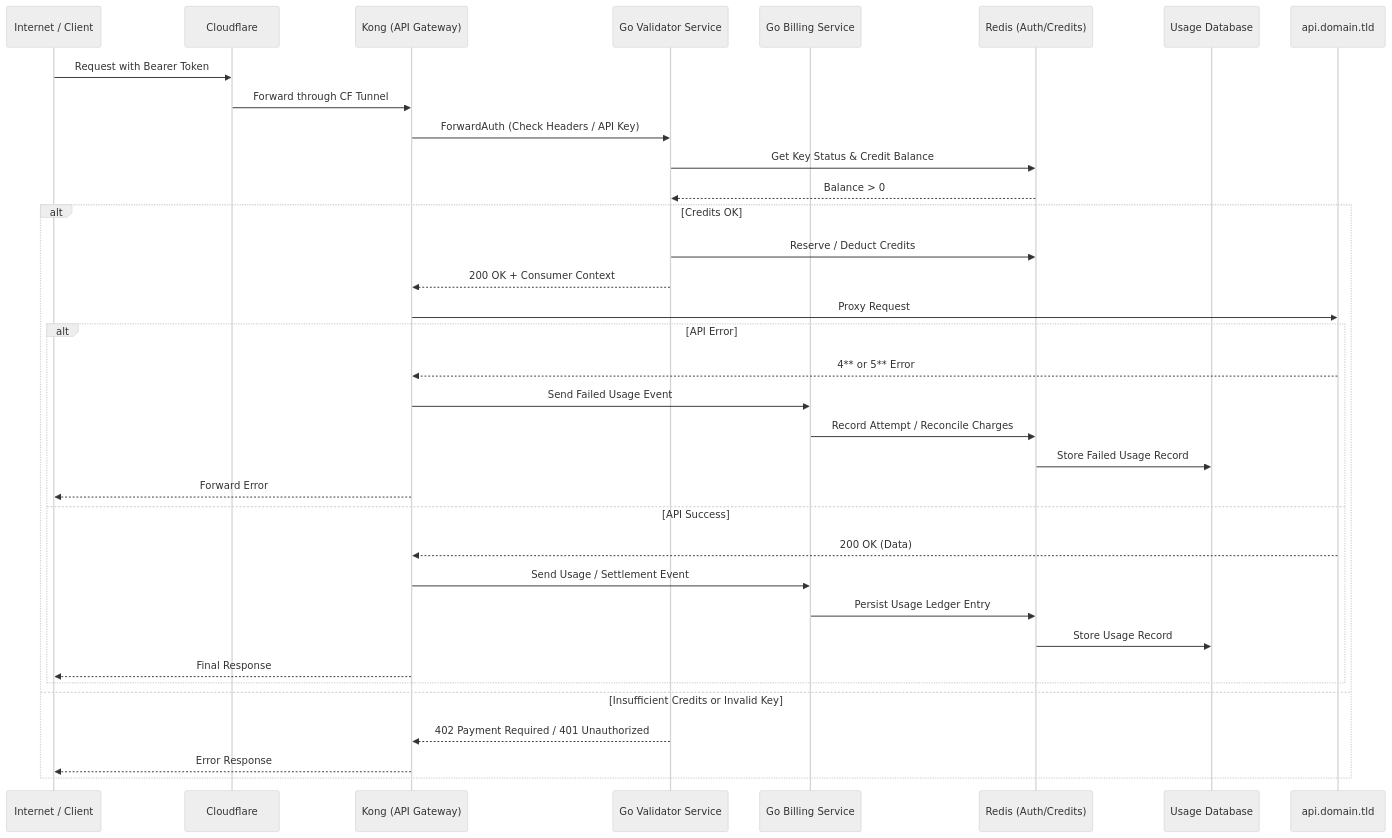
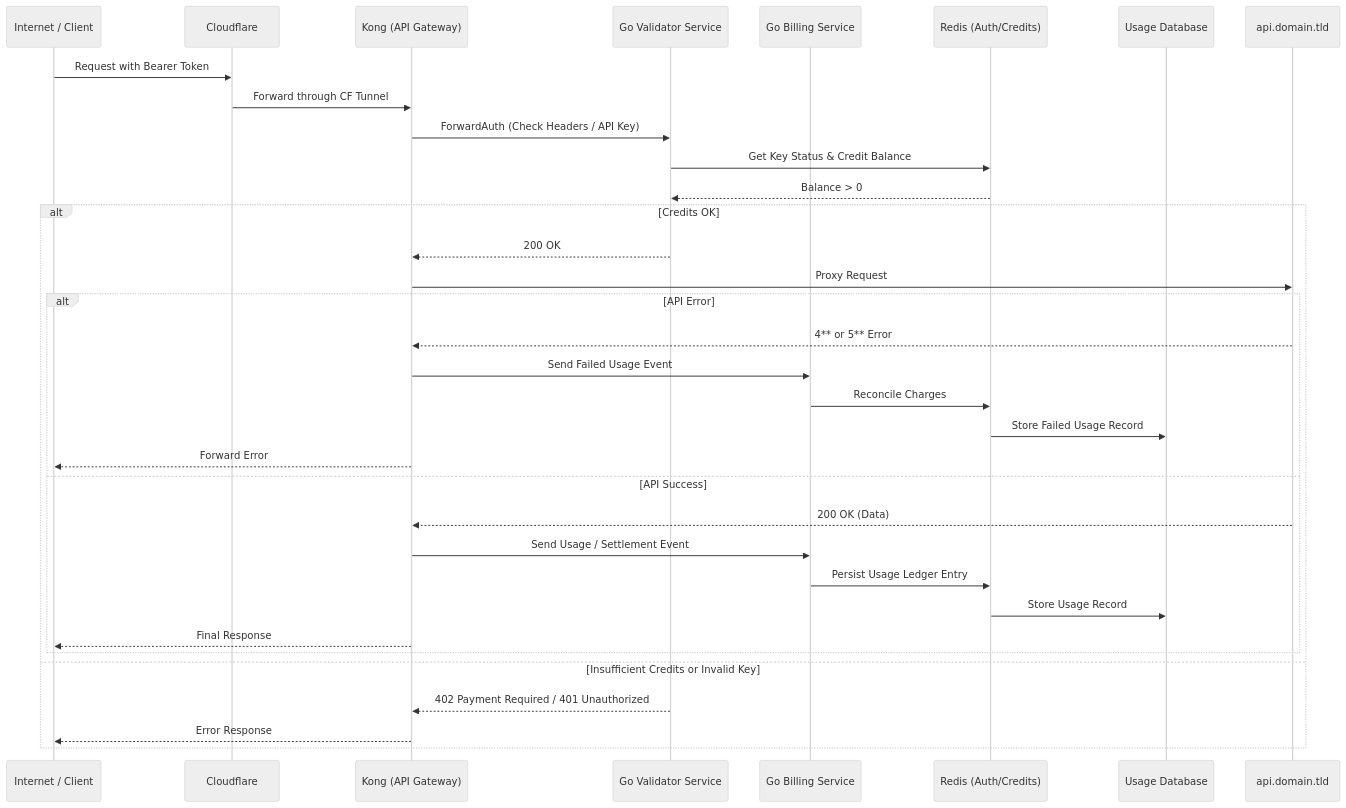
The first of 2 diagrams in README.md (m-spangenberg/demo-monetized-api), drawn with Mermaid (neutral theme) before and after one commit. The commit also changed other lines of this file and 1 other file, not shown here.

````diff
--- a/README.md
+++ b/README.md
@@ -7,47 +7,46 @@
 ```mermaid
 sequenceDiagram
     participant User as Internet / Client
     participant CF as Cloudflare
     participant Kong as Kong (API Gateway)
     participant Validator as Go Validator Service
     participant Billing as Go Billing Service
     participant Redis as Redis (Auth/Credits)
     participant DB as Usage Database
     participant API as api.domain.tld
 
     User->>CF: Request with Bearer Token
     CF->>Kong: Forward through CF Tunnel
 
     Kong->>Validator: ForwardAuth (Check Headers / API Key)
 
     Validator->>Redis: Get Key Status & Credit Balance
     Redis-->>Validator: Balance > 0
 
     alt Credits OK
 
-        Validator->>Redis: Reserve / Deduct Credits
-        Validator-->>Kong: 200 OK + Consumer Context
+        Validator-->>Kong: 200 OK
 
         Kong->>API: Proxy Request
 
         alt API Error
             API-->>Kong: 4** or 5** Error
             Kong->>Billing: Send Failed Usage Event
-            Billing->>Redis: Record Attempt / Reconcile Charges
+            Billing->>Redis: Reconcile Charges
             Redis->>DB: Store Failed Usage Record
             Kong-->>User: Forward Error
         else API Success
             API-->>Kong: 200 OK (Data)
             Kong->>Billing: Send Usage / Settlement Event
             Billing->>Redis: Persist Usage Ledger Entry
             Redis->>DB: Store Usage Record
             Kong-->>User: Final Response
         end
 
     else Insufficient Credits or Invalid Key
 
         Validator-->>Kong: 402 Payment Required / 401 Unauthorized
         Kong-->>User: Error Response
 
     end
 ```
````
